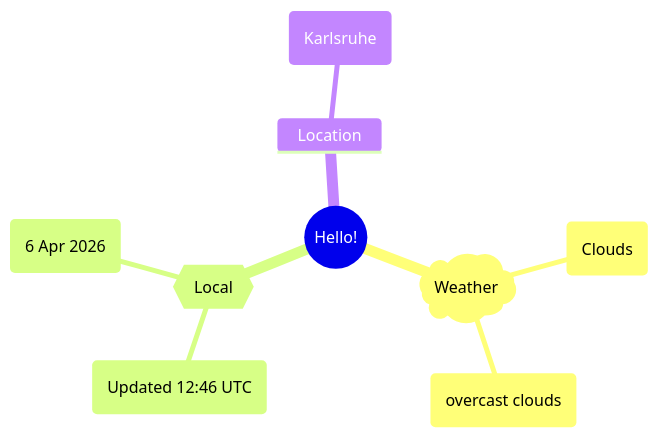
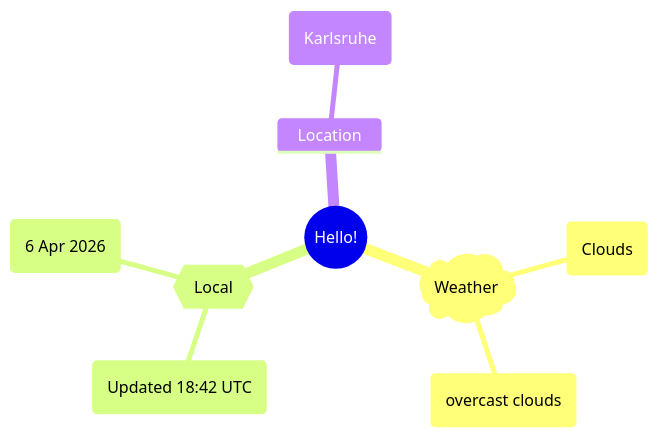
Before and after one commit to Xosrov/Xosrov: the first of 2 diagrams in README.md, drawn with Mermaid.

Commit message:
[bot] updated images

````diff
--- a/README.md
+++ b/README.md
@@ -3,12 +3,12 @@
 ```mermaid
 mindmap
   root((Hello!))
     )Weather(
         (Clouds)
         (overcast clouds)
     {{Local}}
-        (Updated 12:46 UTC)
+        (Updated 18:42 UTC)
         (6 Apr 2026)
     Location
         (Karlsruhe)
 ```
````
